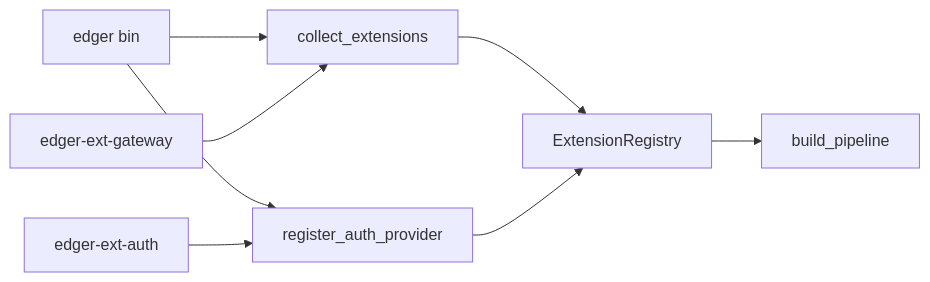
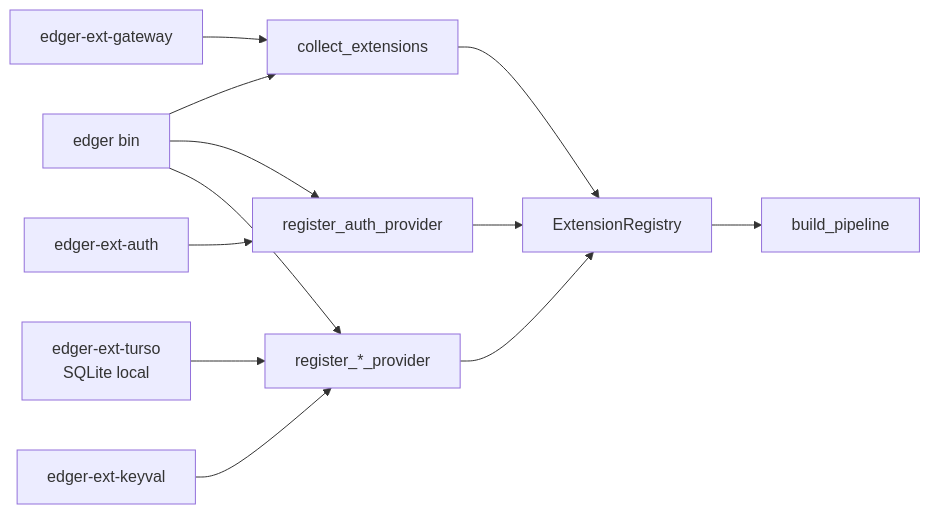
The diagram in planning/edger/docs/extensions.md (djalmajr/edger), drawn with Mermaid before and after one commit. The commit also changed other lines of this file and 257 other files, not shown here.

````diff
--- a/planning/edger/docs/extensions.md
+++ b/planning/edger/docs/extensions.md
@@ -26,10 +26,14 @@
 ```mermaid
 flowchart LR
     Bin[edger bin] --> Collect[collect_extensions]
     Bin --> AuthReg[register_auth_provider]
+    Bin --> ProviderReg[register_*_provider]
     Collect --> Registry[ExtensionRegistry]
     AuthReg --> Registry
+    ProviderReg --> Registry
     Registry --> Pipeline[build_pipeline]
     AuthExt[edger-ext-auth] --> AuthReg
     GwExt[edger-ext-gateway] --> Collect
+    LocalSqlExt[edger-ext-turso<br/>SQLite local] --> ProviderReg
+    KeyvalExt[edger-ext-keyval] --> ProviderReg
 ```
````
